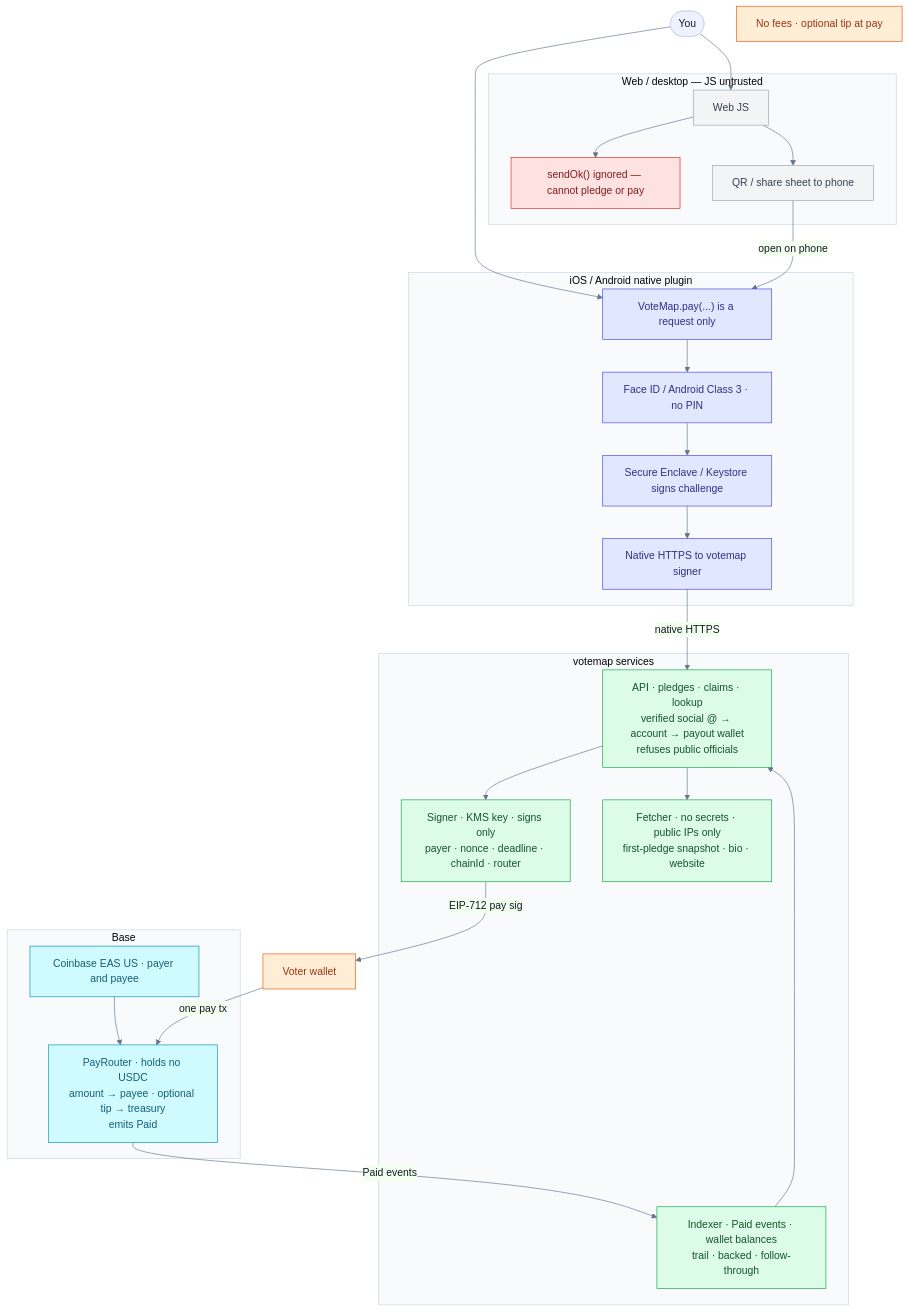
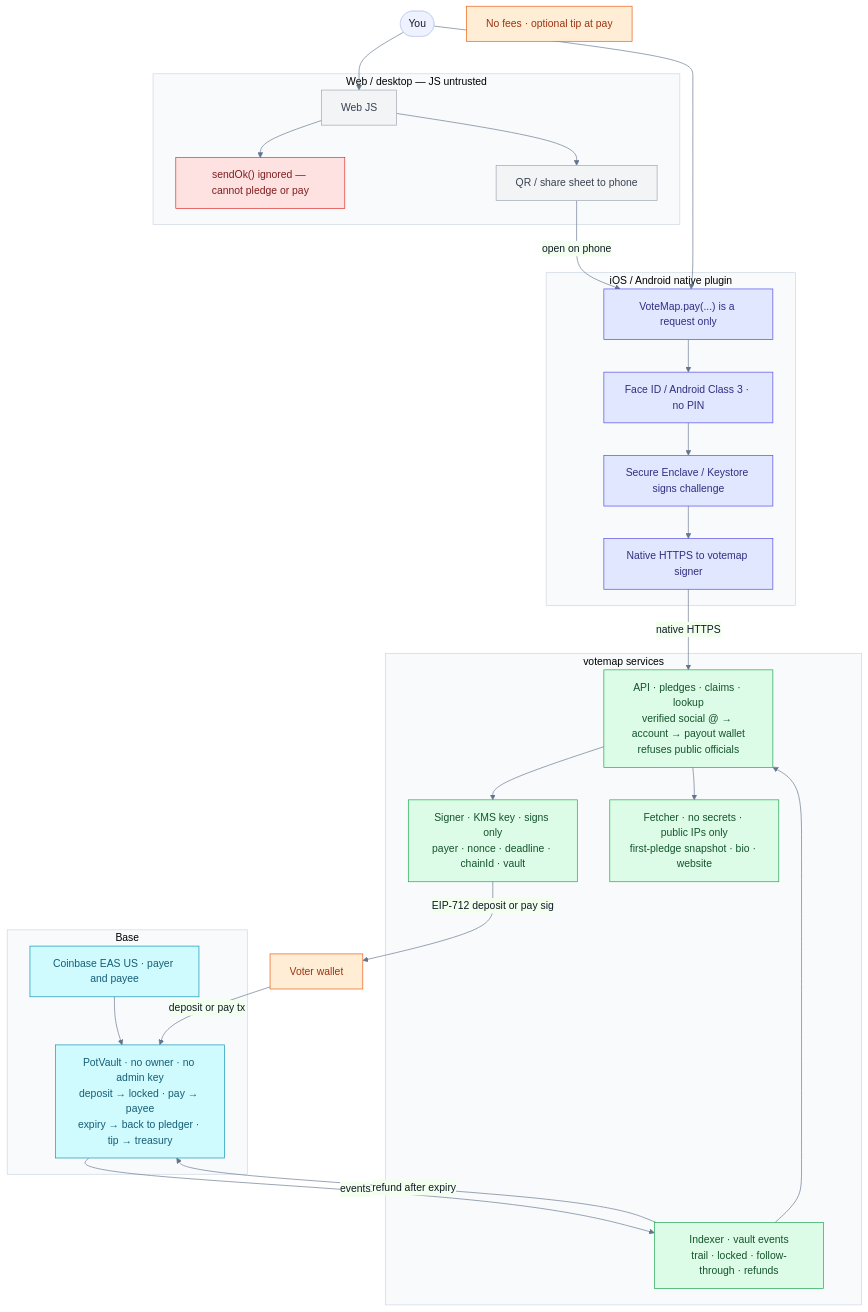
One commit to isaacy13/votemap.net changed the second of 3 diagrams in spec/flows.md. Above: the diagram before and after it, drawn with Mermaid. The commit also changed other lines of this file and 12 other files, not shown here.

First line of the commit message:
spec: pledgers front the money in an immutable PotVault

````diff
--- a/spec/flows.md
+++ b/spec/flows.md
@@ -110,60 +110,61 @@
 ```mermaid
 %%{init: {"theme":"base","themeVariables":{"fontFamily":"Inter, system-ui, sans-serif","primaryColor":"#eef2ff","primaryTextColor":"#111827","lineColor":"#64748b","clusterBkg":"#f8fafc","clusterBorder":"#cbd5e1"}}}%%
 flowchart TB
   You([You]) --> WebJS
   You --> Plugin
 
   subgraph web ["Web / desktop — JS untrusted"]
     WebJS["Web JS"]
     SendOk["sendOk() ignored — cannot pledge or pay"]
     QR["QR / share sheet to phone"]
     WebJS --> SendOk
     WebJS --> QR
   end
 
   subgraph native ["iOS / Android native plugin"]
     Plugin["VoteMap.pay(...) is a request only"]
     Face["Face ID / Android Class 3 · no PIN"]
     HW["Secure Enclave / Keystore signs challenge"]
     HTTPS["Native HTTPS to votemap signer"]
     Plugin --> Face --> HW --> HTTPS
   end
 
   QR -->|open on phone| Plugin
 
   subgraph server ["votemap services"]
     API["API · pledges · claims · lookup<br/>verified social @ → account → payout wallet<br/>refuses public officials"]
-    Signer["Signer · KMS key · signs only<br/>payer · nonce · deadline · chainId · router"]
+    Signer["Signer · KMS key · signs only<br/>payer · nonce · deadline · chainId · vault"]
     Fetcher["Fetcher · no secrets · public IPs only<br/>first-pledge snapshot · bio · website"]
-    Indexer["Indexer · Paid events · wallet balances<br/>trail · backed · follow-through"]
+    Indexer["Indexer · vault events<br/>trail · locked · follow-through · refunds"]
     API --> Signer
     API --> Fetcher
     Indexer --> API
   end
 
   HTTPS -->|native HTTPS| API
 
   subgraph base ["Base"]
     EAS["Coinbase EAS US · payer and payee"]
-    Router["PayRouter · holds no USDC<br/>amount → payee · optional tip → treasury<br/>emits Paid"]
+    Router["PotVault · no owner · no admin key<br/>deposit → locked · pay → payee<br/>expiry → back to pledger · tip → treasury"]
     EAS --> Router
   end
 
-  Signer -->|EIP-712 pay sig| Wallet["Voter wallet"]
-  Wallet -->|one pay tx| Router
-  Router -->|Paid events| Indexer
+  Signer -->|EIP-712 deposit or pay sig| Wallet["Voter wallet"]
+  Wallet -->|deposit or pay tx| Router
+  Router -->|events| Indexer
+  Indexer -->|refund after expiry| Router
   Fees["No fees · optional tip at pay"]
 
   classDef grey fill:#f3f4f6,stroke:#9ca3af,color:#374151
   classDef warn fill:#fee2e2,stroke:#dc2626,color:#7f1d1d
   classDef info fill:#e0e7ff,stroke:#4f46e5,color:#312e81
   classDef ok fill:#dcfce7,stroke:#16a34a,color:#14532d
   classDef cyan fill:#cffafe,stroke:#0891b2,color:#155e75
   classDef peach fill:#ffedd5,stroke:#ea580c,color:#9a3412
   class WebJS,QR,Readonly grey
   class SendOk warn
   class Plugin,Face,HW,HTTPS info
   class API,Signer,Fetcher,Indexer ok
   class EAS,Router cyan
   class Wallet,Fees peach
 ```
````
